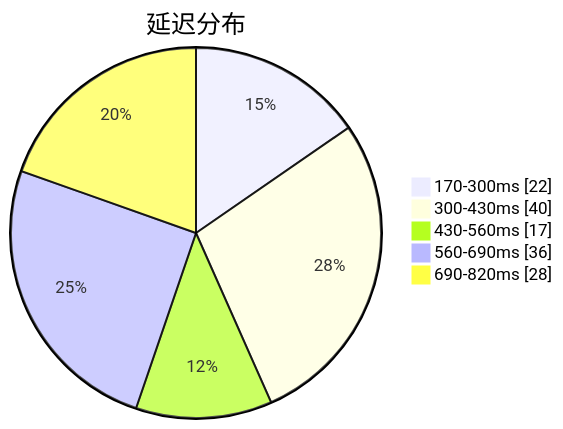
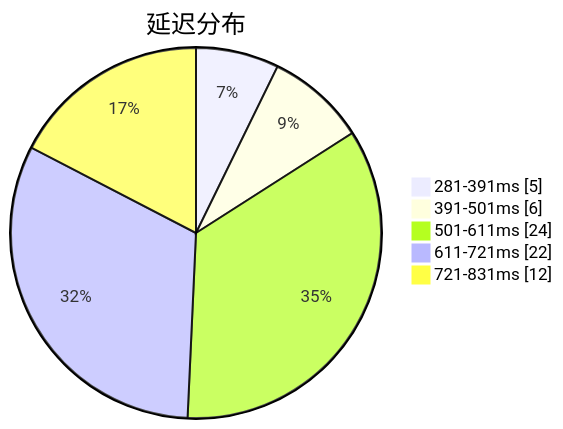
Before and after one commit to qjlxg/airport: the first of 3 diagrams in subs/statistics/tested_within.md, drawn with Mermaid. The commit also changed other lines of this file and 2 other files, not shown here.

````diff
--- a/subs/statistics/tested_within.md
+++ b/subs/statistics/tested_within.md
@@ -2,9 +2,9 @@
 ```mermaid
 pie showData
 title 延迟分布
-"170-300ms" : 22
-"300-430ms" : 40
-"430-560ms" : 17
-"560-690ms" : 36
-"690-820ms" : 28
+"281-391ms" : 5
+"391-501ms" : 6
+"501-611ms" : 24
+"611-721ms" : 22
+"721-831ms" : 12
 ```
````
